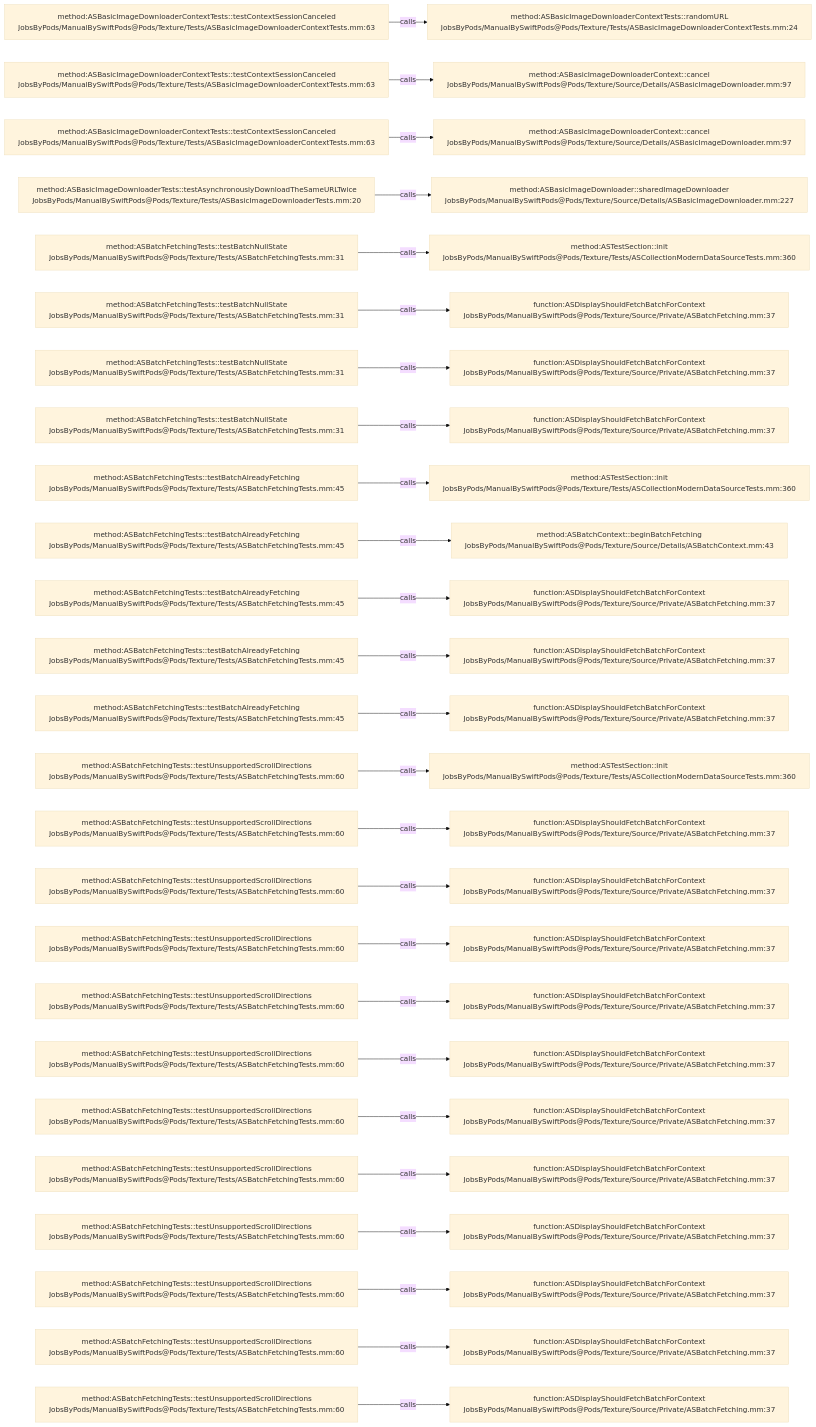
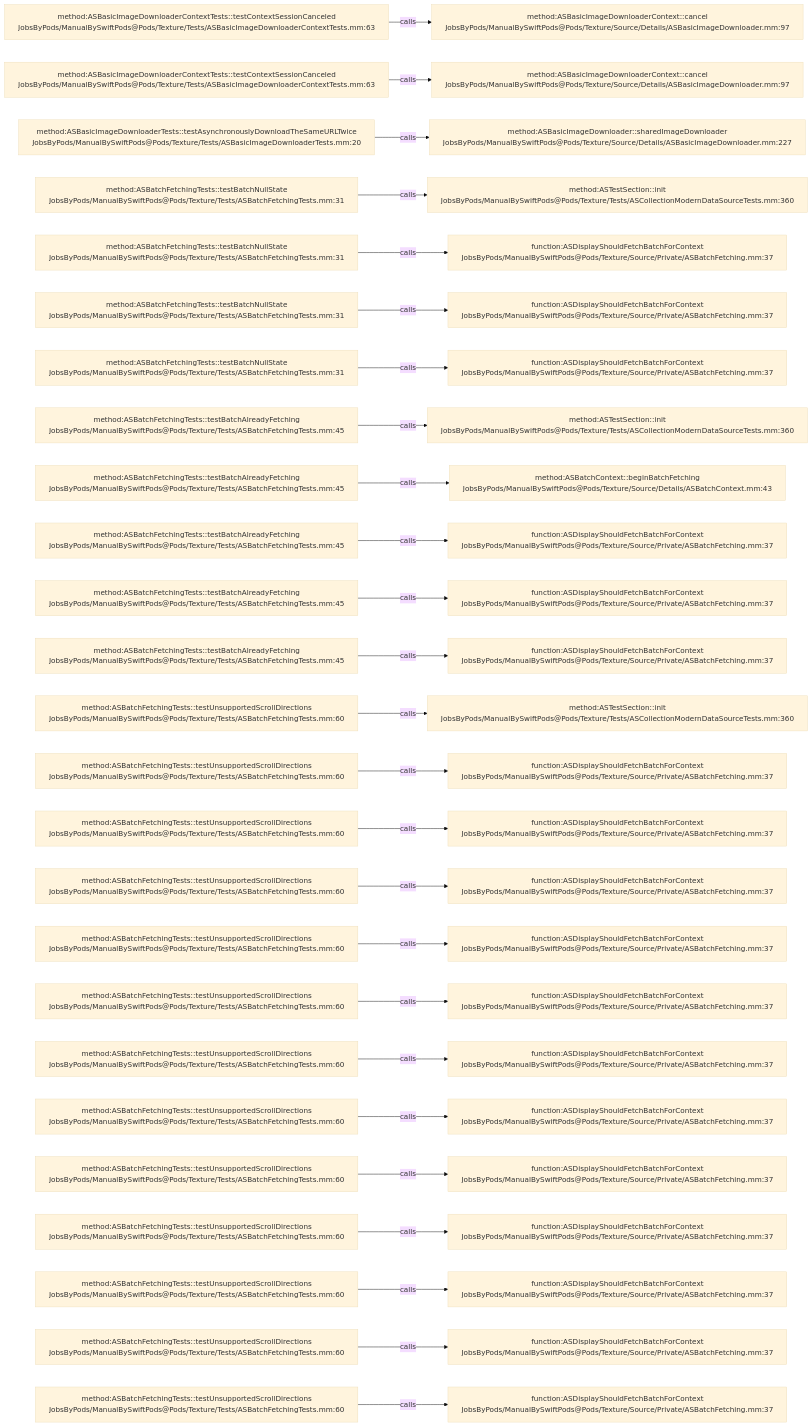
Before and after one commit to JobsKits/JobsSwiftBaseConfigDemo: the diagram in .codegraph/codegraph.md/graphs/calls-161.md, drawn with Mermaid (base theme). The commit also changed 747 other files, not shown here.

````diff
--- a/.codegraph/codegraph.md/graphs/calls-161.md
+++ b/.codegraph/codegraph.md/graphs/calls-161.md
@@ -13,78 +13,78 @@
 ```mermaid
 flowchart LR
   S1["method:ASBasicImageDownloaderContextTests::testContextSessionCanceled<br/>JobsByPods/ManualBySwiftPods@Pods/Texture/Tests/ASBasicImageDownloaderContextTests.mm:63"]
-  T1["method:ASBasicImageDownloaderContextTests::randomURL<br/>JobsByPods/ManualBySwiftPods@Pods/Texture/Tests/ASBasicImageDownloaderContextTests.mm:24"]
+  T1["method:ASBasicImageDownloaderContext::cancel<br/>JobsByPods/ManualBySwiftPods@Pods/Texture/Source/Details/ASBasicImageDownloader.mm:97"]
   S1 -->|calls| T1
   S2["method:ASBasicImageDownloaderContextTests::testContextSessionCanceled<br/>JobsByPods/ManualBySwiftPods@Pods/Texture/Tests/ASBasicImageDownloaderContextTests.mm:63"]
   T2["method:ASBasicImageDownloaderContext::cancel<br/>JobsByPods/ManualBySwiftPods@Pods/Texture/Source/Details/ASBasicImageDownloader.mm:97"]
   S2 -->|calls| T2
-  S3["method:ASBasicImageDownloaderContextTests::testContextSessionCanceled<br/>JobsByPods/ManualBySwiftPods@Pods/Texture/Tests/ASBasicImageDownloaderContextTests.mm:63"]
-  T3["method:ASBasicImageDownloaderContext::cancel<br/>JobsByPods/ManualBySwiftPods@Pods/Texture/Source/Details/ASBasicImageDownloader.mm:97"]
+  S3["method:ASBasicImageDownloaderTests::testAsynchronouslyDownloadTheSameURLTwice<br/>JobsByPods/ManualBySwiftPods@Pods/Texture/Tests/ASBasicImageDownloaderTests.mm:20"]
+  T3["method:ASBasicImageDownloader::sharedImageDownloader<br/>JobsByPods/ManualBySwiftPods@Pods/Texture/Source/Details/ASBasicImageDownloader.mm:227"]
   S3 -->|calls| T3
-  S4["method:ASBasicImageDownloaderTests::testAsynchronouslyDownloadTheSameURLTwice<br/>JobsByPods/ManualBySwiftPods@Pods/Texture/Tests/ASBasicImageDownloaderTests.mm:20"]
-  T4["method:ASBasicImageDownloader::sharedImageDownloader<br/>JobsByPods/ManualBySwiftPods@Pods/Texture/Source/Details/ASBasicImageDownloader.mm:227"]
+  S4["method:ASBatchFetchingTests::testBatchNullState<br/>JobsByPods/ManualBySwiftPods@Pods/Texture/Tests/ASBatchFetchingTests.mm:31"]
+  T4["method:ASTestSection::init<br/>JobsByPods/ManualBySwiftPods@Pods/Texture/Tests/ASCollectionModernDataSourceTests.mm:360"]
   S4 -->|calls| T4
   S5["method:ASBatchFetchingTests::testBatchNullState<br/>JobsByPods/ManualBySwiftPods@Pods/Texture/Tests/ASBatchFetchingTests.mm:31"]
-  T5["method:ASTestSection::init<br/>JobsByPods/ManualBySwiftPods@Pods/Texture/Tests/ASCollectionModernDataSourceTests.mm:360"]
+  T5["function:ASDisplayShouldFetchBatchForContext<br/>JobsByPods/ManualBySwiftPods@Pods/Texture/Source/Private/ASBatchFetching.mm:37"]
   S5 -->|calls| T5
   S6["method:ASBatchFetchingTests::testBatchNullState<br/>JobsByPods/ManualBySwiftPods@Pods/Texture/Tests/ASBatchFetchingTests.mm:31"]
   T6["function:ASDisplayShouldFetchBatchForContext<br/>JobsByPods/ManualBySwiftPods@Pods/Texture/Source/Private/ASBatchFetching.mm:37"]
   S6 -->|calls| T6
   S7["method:ASBatchFetchingTests::testBatchNullState<br/>JobsByPods/ManualBySwiftPods@Pods/Texture/Tests/ASBatchFetchingTests.mm:31"]
   T7["function:ASDisplayShouldFetchBatchForContext<br/>JobsByPods/ManualBySwiftPods@Pods/Texture/Source/Private/ASBatchFetching.mm:37"]
   S7 -->|calls| T7
-  S8["method:ASBatchFetchingTests::testBatchNullState<br/>JobsByPods/ManualBySwiftPods@Pods/Texture/Tests/ASBatchFetchingTests.mm:31"]
-  T8["function:ASDisplayShouldFetchBatchForContext<br/>JobsByPods/ManualBySwiftPods@Pods/Texture/Source/Private/ASBatchFetching.mm:37"]
+  S8["method:ASBatchFetchingTests::testBatchAlreadyFetching<br/>JobsByPods/ManualBySwiftPods@Pods/Texture/Tests/ASBatchFetchingTests.mm:45"]
+  T8["method:ASTestSection::init<br/>JobsByPods/ManualBySwiftPods@Pods/Texture/Tests/ASCollectionModernDataSourceTests.mm:360"]
   S8 -->|calls| T8
   S9["method:ASBatchFetchingTests::testBatchAlreadyFetching<br/>JobsByPods/ManualBySwiftPods@Pods/Texture/Tests/ASBatchFetchingTests.mm:45"]
-  T9["method:ASTestSection::init<br/>JobsByPods/ManualBySwiftPods@Pods/Texture/Tests/ASCollectionModernDataSourceTests.mm:360"]
+  T9["method:ASBatchContext::beginBatchFetching<br/>JobsByPods/ManualBySwiftPods@Pods/Texture/Source/Details/ASBatchContext.mm:43"]
   S9 -->|calls| T9
   S10["method:ASBatchFetchingTests::testBatchAlreadyFetching<br/>JobsByPods/ManualBySwiftPods@Pods/Texture/Tests/ASBatchFetchingTests.mm:45"]
-  T10["method:ASBatchContext::beginBatchFetching<br/>JobsByPods/ManualBySwiftPods@Pods/Texture/Source/Details/ASBatchContext.mm:43"]
+  T10["function:ASDisplayShouldFetchBatchForContext<br/>JobsByPods/ManualBySwiftPods@Pods/Texture/Source/Private/ASBatchFetching.mm:37"]
   S10 -->|calls| T10
   S11["method:ASBatchFetchingTests::testBatchAlreadyFetching<br/>JobsByPods/ManualBySwiftPods@Pods/Texture/Tests/ASBatchFetchingTests.mm:45"]
   T11["function:ASDisplayShouldFetchBatchForContext<br/>JobsByPods/ManualBySwiftPods@Pods/Texture/Source/Private/ASBatchFetching.mm:37"]
   S11 -->|calls| T11
   S12["method:ASBatchFetchingTests::testBatchAlreadyFetching<br/>JobsByPods/ManualBySwiftPods@Pods/Texture/Tests/ASBatchFetchingTests.mm:45"]
   T12["function:ASDisplayShouldFetchBatchForContext<br/>JobsByPods/ManualBySwiftPods@Pods/Texture/Source/Private/ASBatchFetching.mm:37"]
   S12 -->|calls| T12
-  S13["method:ASBatchFetchingTests::testBatchAlreadyFetching<br/>JobsByPods/ManualBySwiftPods@Pods/Texture/Tests/ASBatchFetchingTests.mm:45"]
-  T13["function:ASDisplayShouldFetchBatchForContext<br/>JobsByPods/ManualBySwiftPods@Pods/Texture/Source/Private/ASBatchFetching.mm:37"]
+  S13["method:ASBatchFetchingTests::testUnsupportedScrollDirections<br/>JobsByPods/ManualBySwiftPods@Pods/Texture/Tests/ASBatchFetchingTests.mm:60"]
+  T13["method:ASTestSection::init<br/>JobsByPods/ManualBySwiftPods@Pods/Texture/Tests/ASCollectionModernDataSourceTests.mm:360"]
   S13 -->|calls| T13
   S14["method:ASBatchFetchingTests::testUnsupportedScrollDirections<br/>JobsByPods/ManualBySwiftPods@Pods/Texture/Tests/ASBatchFetchingTests.mm:60"]
-  T14["method:ASTestSection::init<br/>JobsByPods/ManualBySwiftPods@Pods/Texture/Tests/ASCollectionModernDataSourceTests.mm:360"]
+  T14["function:ASDisplayShouldFetchBatchForContext<br/>JobsByPods/ManualBySwiftPods@Pods/Texture/Source/Private/ASBatchFetching.mm:37"]
   S14 -->|calls| T14
   S15["method:ASBatchFetchingTests::testUnsupportedScrollDirections<br/>JobsByPods/ManualBySwiftPods@Pods/Texture/Tests/ASBatchFetchingTests.mm:60"]
   T15["function:ASDisplayShouldFetchBatchForContext<br/>JobsByPods/ManualBySwiftPods@Pods/Texture/Source/Private/ASBatchFetching.mm:37"]
   S15 -->|calls| T15
   S16["method:ASBatchFetchingTests::testUnsupportedScrollDirections<br/>JobsByPods/ManualBySwiftPods@Pods/Texture/Tests/ASBatchFetchingTests.mm:60"]
   T16["function:ASDisplayShouldFetchBatchForContext<br/>JobsByPods/ManualBySwiftPods@Pods/Texture/Source/Private/ASBatchFetching.mm:37"]
   S16 -->|calls| T16
   S17["method:ASBatchFetchingTests::testUnsupportedScrollDirections<br/>JobsByPods/ManualBySwiftPods@Pods/Texture/Tests/ASBatchFetchingTests.mm:60"]
   T17["function:ASDisplayShouldFetchBatchForContext<br/>JobsByPods/ManualBySwiftPods@Pods/Texture/Source/Private/ASBatchFetching.mm:37"]
   S17 -->|calls| T17
   S18["method:ASBatchFetchingTests::testUnsupportedScrollDirections<br/>JobsByPods/ManualBySwiftPods@Pods/Texture/Tests/ASBatchFetchingTests.mm:60"]
   T18["function:ASDisplayShouldFetchBatchForContext<br/>JobsByPods/ManualBySwiftPods@Pods/Texture/Source/Private/ASBatchFetching.mm:37"]
   S18 -->|calls| T18
   S19["method:ASBatchFetchingTests::testUnsupportedScrollDirections<br/>JobsByPods/ManualBySwiftPods@Pods/Texture/Tests/ASBatchFetchingTests.mm:60"]
   T19["function:ASDisplayShouldFetchBatchForContext<br/>JobsByPods/ManualBySwiftPods@Pods/Texture/Source/Private/ASBatchFetching.mm:37"]
   S19 -->|calls| T19
   S20["method:ASBatchFetchingTests::testUnsupportedScrollDirections<br/>JobsByPods/ManualBySwiftPods@Pods/Texture/Tests/ASBatchFetchingTests.mm:60"]
   T20["function:ASDisplayShouldFetchBatchForContext<br/>JobsByPods/ManualBySwiftPods@Pods/Texture/Source/Private/ASBatchFetching.mm:37"]
   S20 -->|calls| T20
   S21["method:ASBatchFetchingTests::testUnsupportedScrollDirections<br/>JobsByPods/ManualBySwiftPods@Pods/Texture/Tests/ASBatchFetchingTests.mm:60"]
   T21["function:ASDisplayShouldFetchBatchForContext<br/>JobsByPods/ManualBySwiftPods@Pods/Texture/Source/Private/ASBatchFetching.mm:37"]
   S21 -->|calls| T21
   S22["method:ASBatchFetchingTests::testUnsupportedScrollDirections<br/>JobsByPods/ManualBySwiftPods@Pods/Texture/Tests/ASBatchFetchingTests.mm:60"]
   T22["function:ASDisplayShouldFetchBatchForContext<br/>JobsByPods/ManualBySwiftPods@Pods/Texture/Source/Private/ASBatchFetching.mm:37"]
   S22 -->|calls| T22
   S23["method:ASBatchFetchingTests::testUnsupportedScrollDirections<br/>JobsByPods/ManualBySwiftPods@Pods/Texture/Tests/ASBatchFetchingTests.mm:60"]
   T23["function:ASDisplayShouldFetchBatchForContext<br/>JobsByPods/ManualBySwiftPods@Pods/Texture/Source/Private/ASBatchFetching.mm:37"]
   S23 -->|calls| T23
   S24["method:ASBatchFetchingTests::testUnsupportedScrollDirections<br/>JobsByPods/ManualBySwiftPods@Pods/Texture/Tests/ASBatchFetchingTests.mm:60"]
   T24["function:ASDisplayShouldFetchBatchForContext<br/>JobsByPods/ManualBySwiftPods@Pods/Texture/Source/Private/ASBatchFetching.mm:37"]
   S24 -->|calls| T24
   S25["method:ASBatchFetchingTests::testUnsupportedScrollDirections<br/>JobsByPods/ManualBySwiftPods@Pods/Texture/Tests/ASBatchFetchingTests.mm:60"]
   T25["function:ASDisplayShouldFetchBatchForContext<br/>JobsByPods/ManualBySwiftPods@Pods/Texture/Source/Private/ASBatchFetching.mm:37"]
   S25 -->|calls| T25
 ```
````
